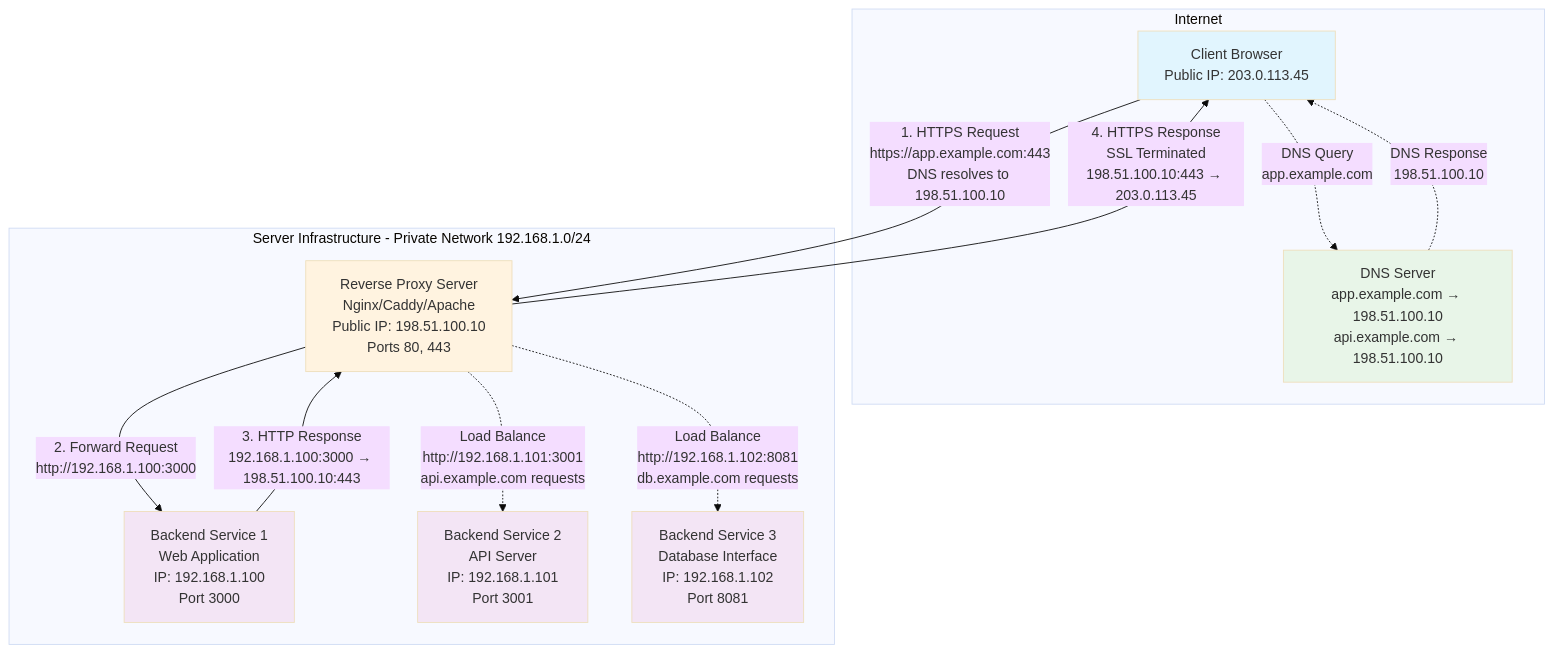
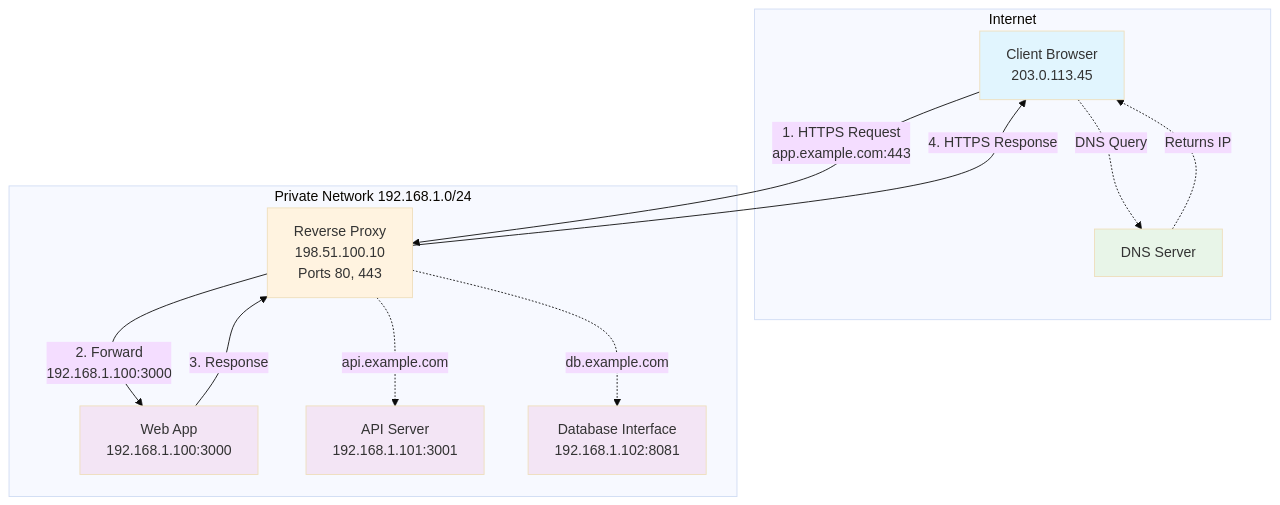
Before and after one commit to TrueBankai416/BankaiTechDocs: the diagram in docs/Reverse Proxy/Introduction.mdx, drawn with Mermaid (base theme). The commit also changed other lines of this file, not shown here.

Commit message:
Simplify reverse proxy diagram for better readability
- Reduced text density in mermaid diagram nodes and connections
- Simplified connection labels and subgraph titles
- Moved detailed information to separate sections below diagram
- Added "Domain to Service Mapping" section with clear mappings
- Added "IP Address Details" section for network information
- Maintained all requested domains, IPs, and ports while improving readability

Mentat precommit script passed. Log: https://mentat.ai/gh/TrueBankai416/BankaiTechDocs/log/4becd6f9-cb52-4973-aa38-1c5f1bc99780

````diff
--- a/docs/Reverse Proxy/Introduction.mdx
+++ b/docs/Reverse Proxy/Introduction.mdx
@@ -31,32 +31,32 @@
 ```mermaid
 graph TD
-    A[Client Browser<br/>Public IP: 203.0.113.45] -->|1. HTTPS Request<br/>https://app.example.com:443<br/>DNS resolves to 198.51.100.10| B[Reverse Proxy Server<br/>Nginx/Caddy/Apache<br/>Public IP: 198.51.100.10<br/>Ports 80, 443]
-    B -->|2. Forward Request<br/>http://192.168.1.100:3000| C[Backend Service 1<br/>Web Application<br/>IP: 192.168.1.100<br/>Port 3000]
-    C -->|3. HTTP Response<br/>192.168.1.100:3000 → 198.51.100.10:443| B
-    B -->|4. HTTPS Response<br/>SSL Terminated<br/>198.51.100.10:443 → 203.0.113.45| A
+    A[Client Browser<br/>203.0.113.45] -->|1. HTTPS Request<br/>app.example.com:443| B[Reverse Proxy<br/>198.51.100.10<br/>Ports 80, 443]
+    B -->|2. Forward<br/>192.168.1.100:3000| C[Web App<br/>192.168.1.100:3000]
+    C -->|3. Response| B
+    B -->|4. HTTPS Response| A
     
-    subgraph "Internet"
+    subgraph Internet
         A
-        F[DNS Server<br/>app.example.com → 198.51.100.10<br/>api.example.com → 198.51.100.10]
+        F[DNS Server]
     end
     
-    subgraph "Server Infrastructure - Private Network 192.168.1.0/24"
+    subgraph "Private Network 192.168.1.0/24"
         B
         C
-        D[Backend Service 2<br/>API Server<br/>IP: 192.168.1.101<br/>Port 3001]
-        E[Backend Service 3<br/>Database Interface<br/>IP: 192.168.1.102<br/>Port 8081]
+        D[API Server<br/>192.168.1.101:3001]
+        E[Database Interface<br/>192.168.1.102:8081]
     end
     
-    B -.->|Load Balance<br/>http://192.168.1.101:3001<br/>api.example.com requests| D
-    B -.->|Load Balance<br/>http://192.168.1.102:8081<br/>db.example.com requests| E
+    B -.->|api.example.com| D
+    B -.->|db.example.com| E
     
-    A -.->|DNS Query<br/>app.example.com| F
-    F -.->|DNS Response<br/>198.51.100.10| A
+    A -.->|DNS Query| F
+    F -.->|Returns IP| A
     
     style A fill:#e1f5fe
     style B fill:#fff3e0
     style C fill:#f3e5f5
     style D fill:#f3e5f5
     style E fill:#f3e5f5
     style F fill:#e8f5e8
 ```
````
